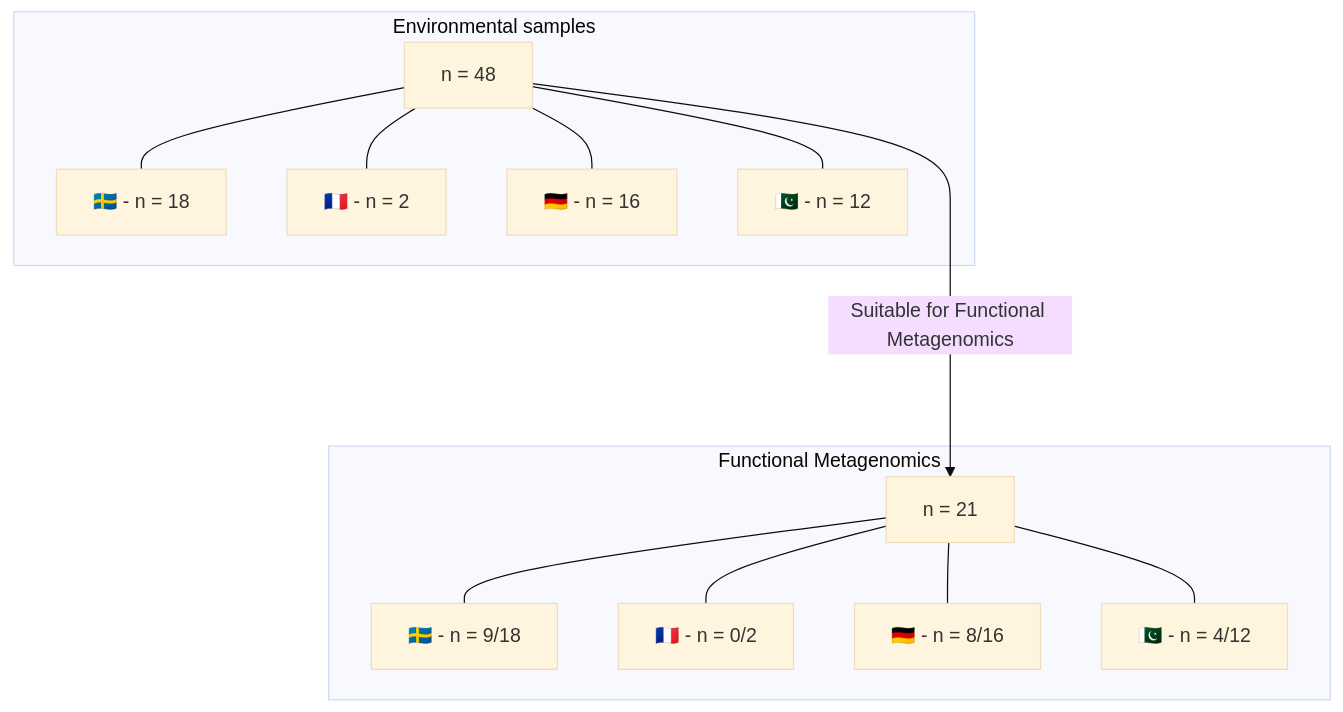
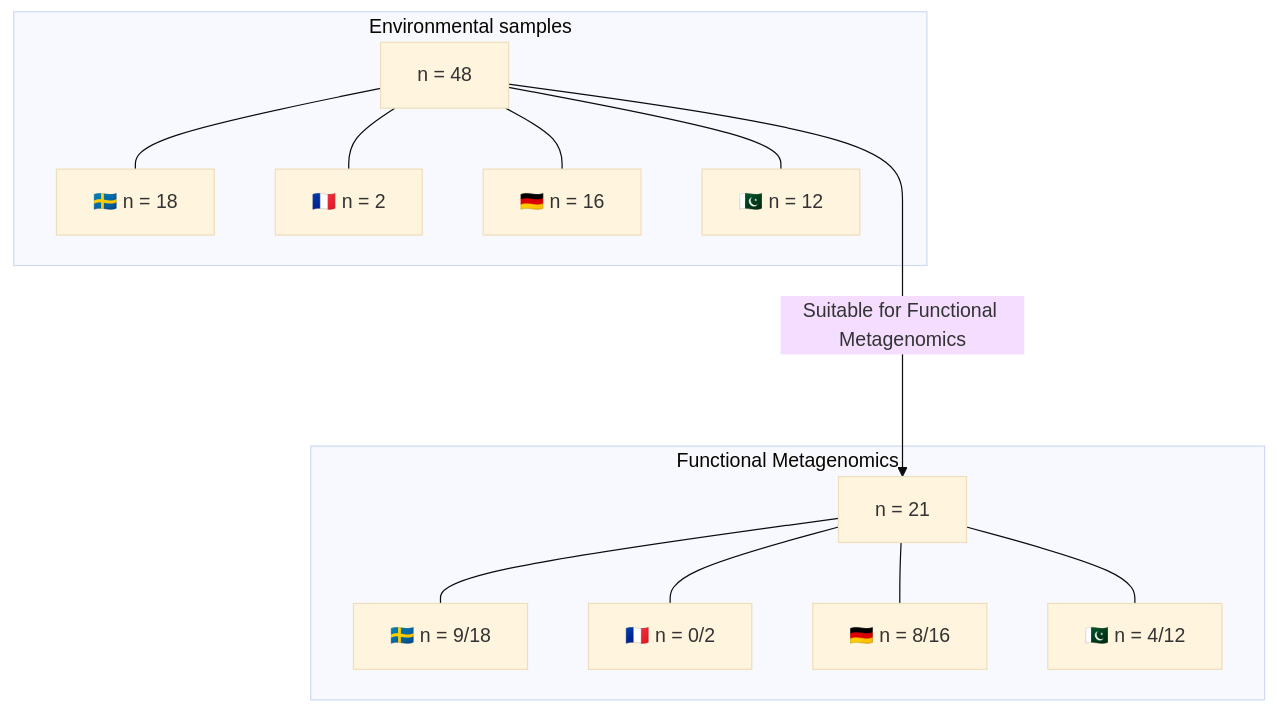
One commit to RemiGSC/Mgf_FDC changed the diagram in README.md. Above: the diagram before and after it, drawn with Mermaid (base theme).

Commit message:
Edited README.md Study design graph

````diff
--- a/README.md
+++ b/README.md
@@ -7,18 +7,18 @@
 ```mermaid
 flowchart TD
 	subgraph ev [Environmental samples]
-		A[n = 48] --- A1[🇸🇪 - n = 18]
-		A --- A2[🇫🇷 - n = 2]
-		A --- A3[🇩🇪 - n = 16]
-		A --- A4[🇵🇰 - n = 12]
+		A[n = 48] --- A1[🇸🇪 n = 18]
+		A --- A2[🇫🇷 n = 2]
+		A --- A3[🇩🇪 n = 16]
+		A --- A4[🇵🇰 n = 12]
 	end
 
 	subgraph fmg [Functional Metagenomics]
-		B[n = 21] --- B1[🇸🇪 - n = 9/18]
-		B --- B2[🇫🇷 - n = 0/2]
-		B --- B3[🇩🇪 - n = 8/16]
-		B --- B4[🇵🇰 - n = 4/12]
+		B[n = 21] --- B1[🇸🇪 n = 9/18]
+		B --- B2[🇫🇷 n = 0/2]
+		B --- B3[🇩🇪 n = 8/16]
+		B --- B4[🇵🇰 n = 4/12]
 	end
 
 A ---->|Suitable for Functional Metagenomics| B 
 ```
````
